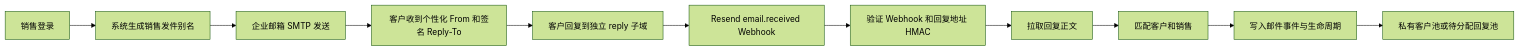
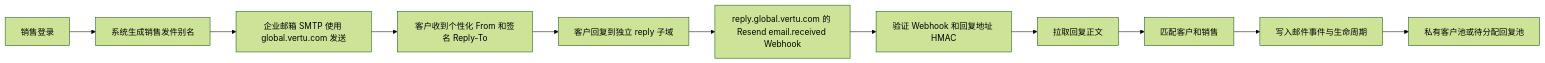
Before and after one commit to Frankie-Foo/automated-customer-acquisition: the diagram in docs/CENTRALIZED_OUTBOUND_IDENTITY.md, drawn with Mermaid (forest theme). The commit also changed other lines of this file and 44 other files, not shown here.

Commit message:
Add production SMTP reply ingestion and deployment flow

````diff
--- a/docs/CENTRALIZED_OUTBOUND_IDENTITY.md
+++ b/docs/CENTRALIZED_OUTBOUND_IDENTITY.md
@@ -16,13 +16,13 @@
 ```mermaid
 flowchart LR
   A[销售登录] --> B[系统生成销售发件别名]
-  B --> C[企业邮箱 SMTP 发送]
+  B --> C[企业邮箱 SMTP 使用 global.vertu.com 发送]
   C --> D[客户收到个性化 From 和签名 Reply-To]
   D --> E[客户回复到独立 reply 子域]
-  E --> F[Resend email.received Webhook]
+  E --> F[reply.global.vertu.com 的 Resend email.received Webhook]
   F --> G[验证 Webhook 和回复地址 HMAC]
   G --> H[拉取回复正文]
   H --> I[匹配客户和销售]
   I --> J[写入邮件事件与生命周期]
   J --> K[私有客户池或待分配回复池]
 ```
````
